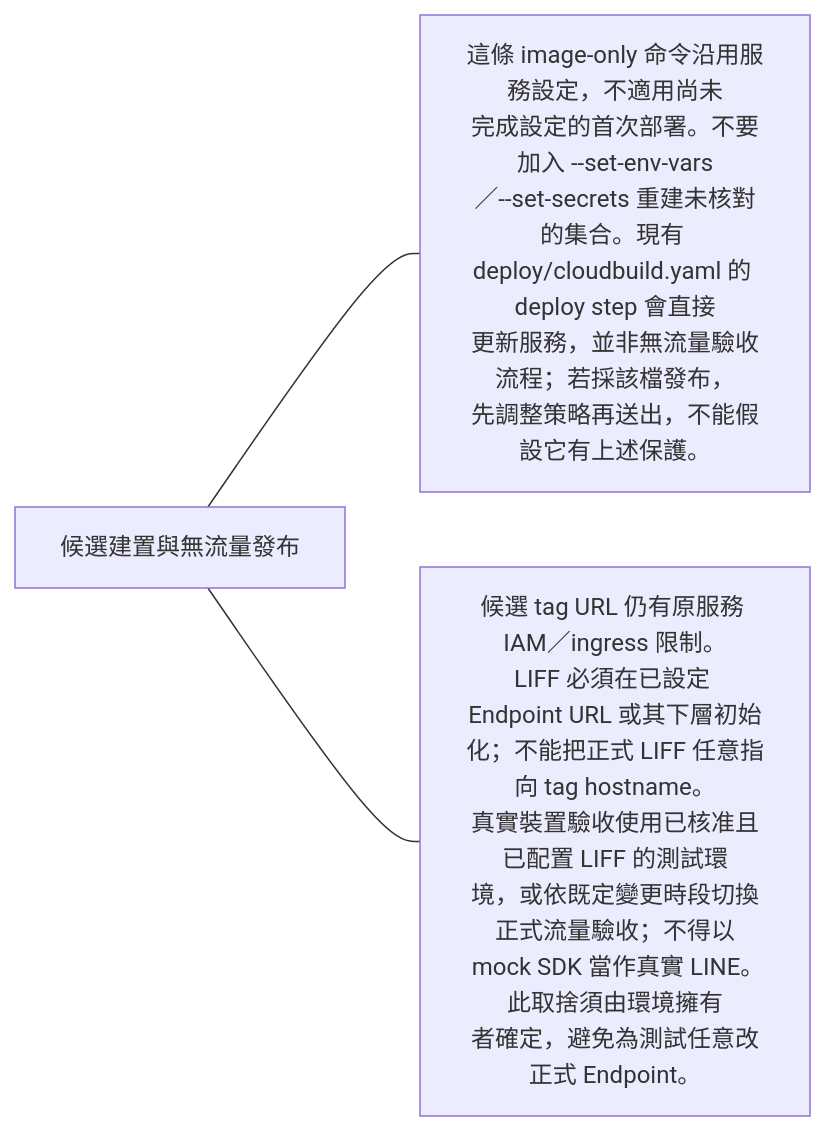
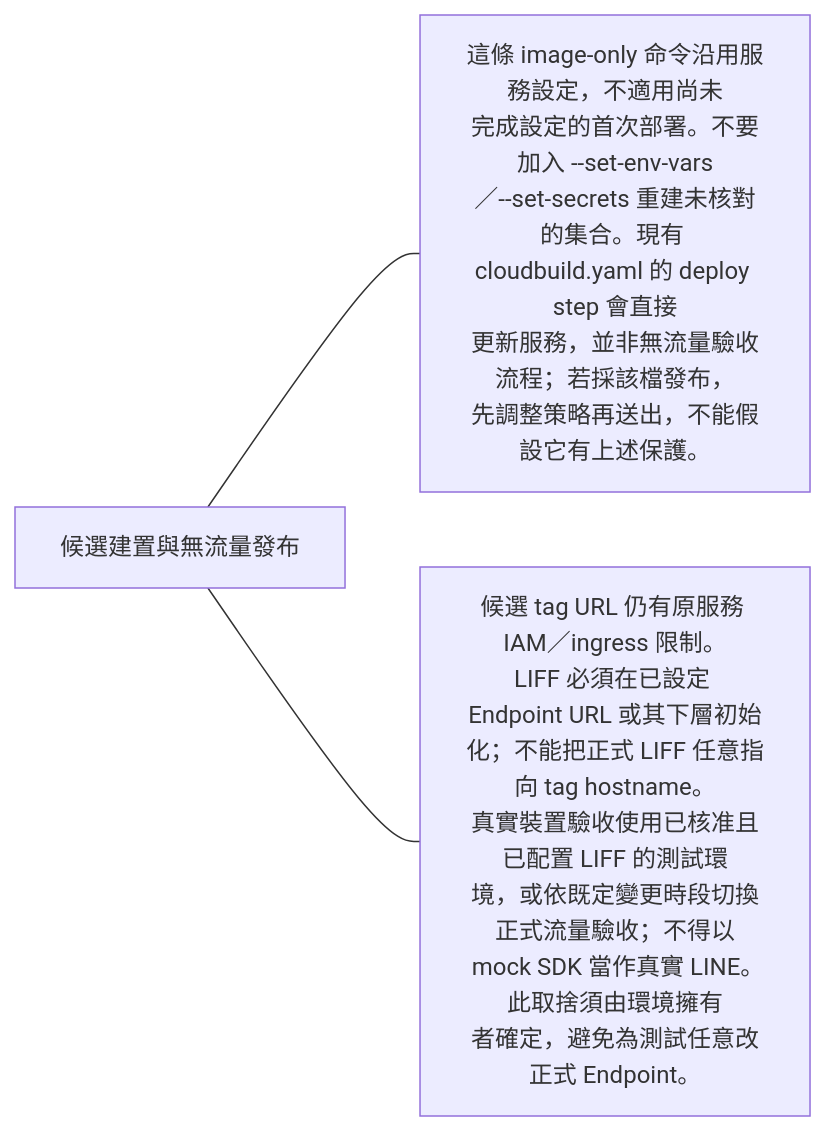
One commit to 963sup/line-mini-app-bot changed the seventh of 18 diagrams in docs/operations/release-acceptance.md. Above: the diagram before and after it, drawn with Mermaid. The commit also changed 22 other files, not shown here.

````diff
--- a/docs/operations/release-acceptance.md
+++ b/docs/operations/release-acceptance.md
@@ -51,6 +51,6 @@
 ```mermaid
 flowchart LR
   h["候選建置與無流量發布"]
-  h --- n0["這條 image-only 命令沿用服務設定，不適用尚未<br/>完成設定的首次部署。不要加入 --set-env-vars<br/>／--set-secrets 重建未核對的集合。現有 <br/>deploy/cloudbuild.yaml 的 deploy step 會直接<br/>更新服務，並非無流量驗收流程；若採該檔發布，<br/>先調整策略再送出，不能假設它有上述保護。"]
+  h --- n0["這條 image-only 命令沿用服務設定，不適用尚未<br/>完成設定的首次部署。不要加入 --set-env-vars<br/>／--set-secrets 重建未核對的集合。現有 <br/>cloudbuild.yaml 的 deploy step 會直接<br/>更新服務，並非無流量驗收流程；若採該檔發布，<br/>先調整策略再送出，不能假設它有上述保護。"]
   h --- n1["候選 tag URL 仍有原服務 IAM／ingress 限制。<br/>LIFF 必須在已設定 Endpoint URL 或其下層初始<br/>化；不能把正式 LIFF 任意指向 tag hostname。<br/>真實裝置驗收使用已核准且已配置 LIFF 的測試環<br/>境，或依既定變更時段切換正式流量驗收；不得以<br/> mock SDK 當作真實 LINE。此取捨須由環境擁有<br/>者確定，避免為測試任意改正式 Endpoint。"]
 ```
````
